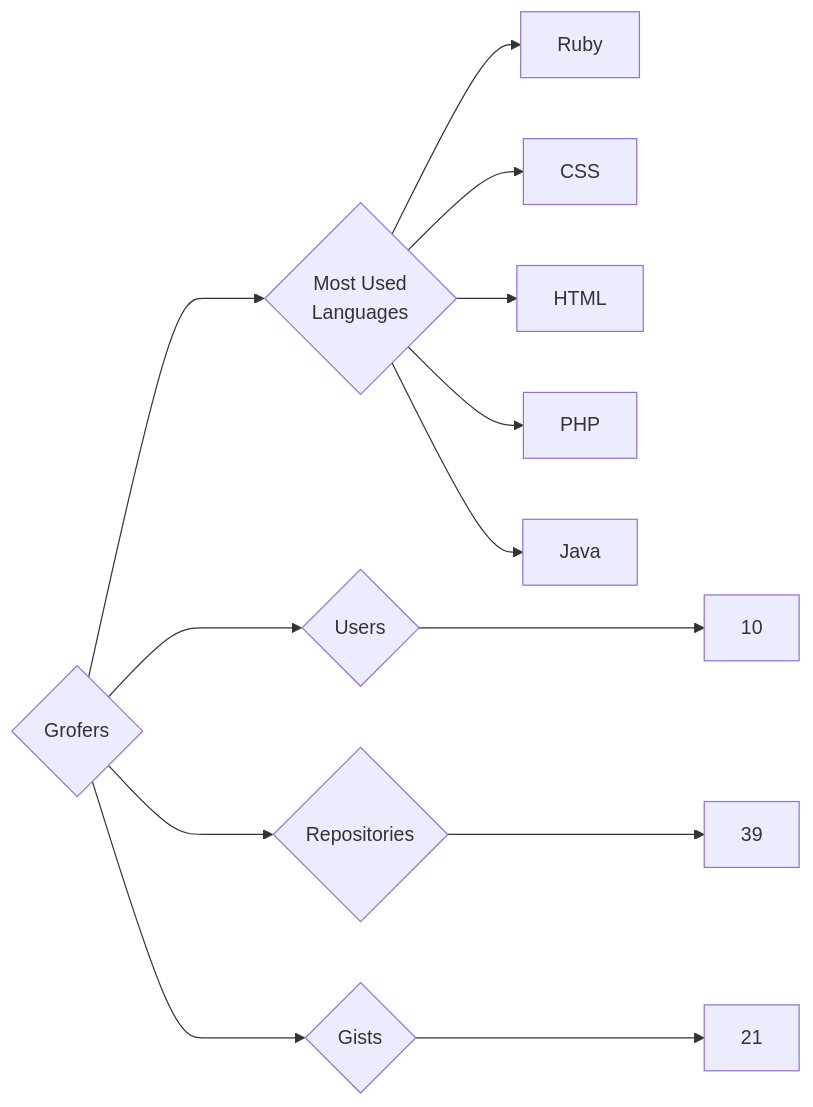
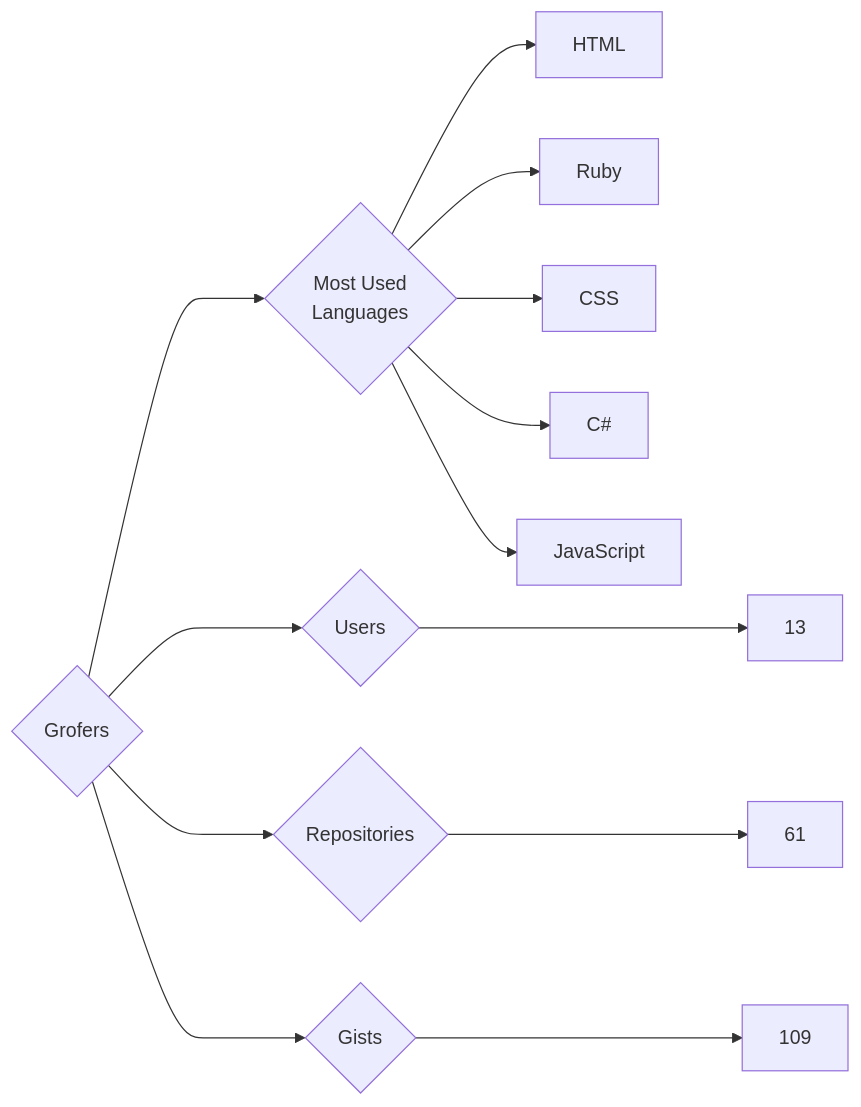
Before and after one commit to trickest/insiders: the diagram in targets/Grofers/README.md, drawn with Mermaid. The commit also changed 1141 other files, not shown here.

````diff
--- a/targets/Grofers/README.md
+++ b/targets/Grofers/README.md
@@ -3,13 +3,13 @@
 ```mermaid
 graph LR
 COMPANY_NAME{Grofers}
-COMPANY_NAME ---> U{Users} ---> UN[10]
-COMPANY_NAME ---> R{Repositories} ---> RN[39]
-COMPANY_NAME ---> G{Gists} ---> GN[21]
+COMPANY_NAME ---> U{Users} ---> UN[13]
+COMPANY_NAME ---> R{Repositories} ---> RN[61]
+COMPANY_NAME ---> G{Gists} ---> GN[109]
 COMPANY_NAME ---> ML{Most Used<br>Languages}
+ML --> HTML[HTML]
 ML --> Ruby[Ruby]
 ML --> CSS[CSS]
-ML --> HTML[HTML]
-ML --> PHP[PHP]
-ML --> Java[Java]
+ML --> C#[C#]
+ML --> JavaScript[JavaScript]
 ```
````
